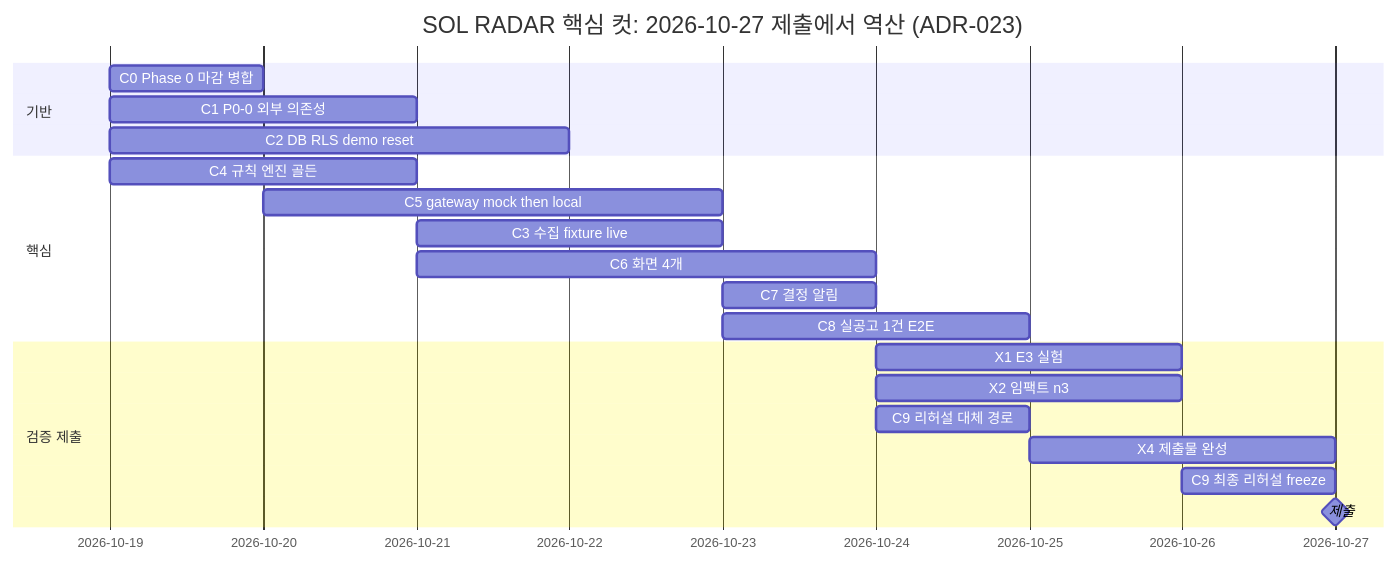
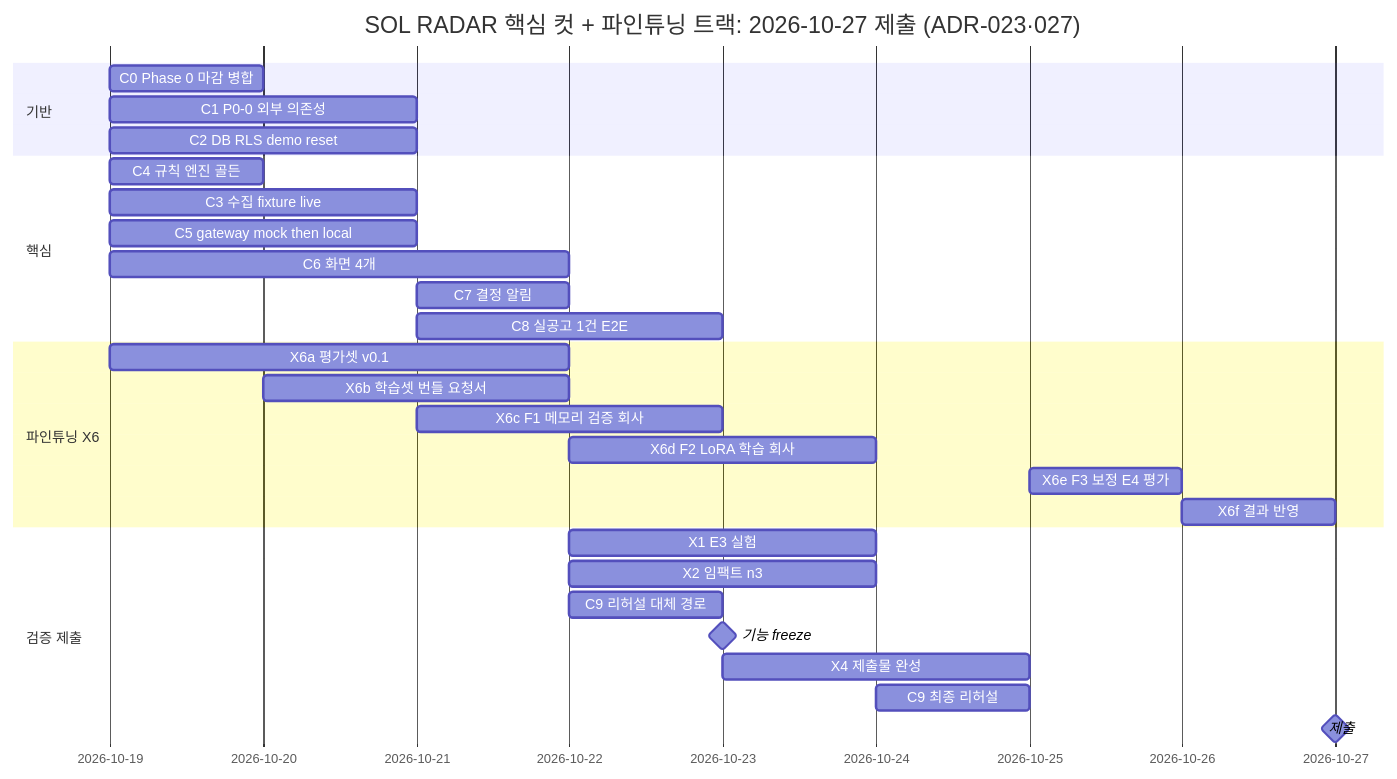
Before and after one commit to solideoai/sol-radar: the diagram in docs/12-ROADMAP.md, drawn with Mermaid. The commit also changed other lines of this file and 32 other files, not shown here.

First line of the commit message:
docs: 문서 정리와 ADR-027·파인튜닝 실행서 반영

````diff
--- a/docs/12-ROADMAP.md
+++ b/docs/12-ROADMAP.md
@@ -114,23 +119,31 @@
 ```mermaid
 gantt
- title SOL RADAR 핵심 컷: 2026-10-27 제출에서 역산 (ADR-023)
+ title SOL RADAR 핵심 컷 + 파인튜닝 트랙: 2026-10-27 제출 (ADR-023·027)
  dateFormat YYYY-MM-DD
  section 기반
  C0 Phase 0 마감 병합 :c0, 2026-10-19, 1d
  C1 P0-0 외부 의존성 :c1, 2026-10-19, 2d
- C2 DB RLS demo reset :c2, 2026-10-19, 3d
+ C2 DB RLS demo reset :c2, 2026-10-19, 2d
  section 핵심
- C4 규칙 엔진 골든 :c4, 2026-10-19, 2d
- C5 gateway mock then local :c5, 2026-10-20, 3d
- C3 수집 fixture live :c3, 2026-10-21, 2d
- C6 화면 4개 :c6, 2026-10-21, 3d
- C7 결정 알림 :c7, 2026-10-23, 1d
- C8 실공고 1건 E2E :c8, 2026-10-23, 2d
+ C4 규칙 엔진 골든 :c4, 2026-10-19, 1d
+ C3 수집 fixture live :c3, 2026-10-19, 2d
+ C5 gateway mock then local :c5, 2026-10-19, 2d
+ C6 화면 4개 :c6, 2026-10-19, 3d
+ C7 결정 알림 :c7, 2026-10-21, 1d
+ C8 실공고 1건 E2E :c8, 2026-10-21, 2d
+ section 파인튜닝 X6
+ X6a 평가셋 v0.1 :x6a, 2026-10-19, 3d
+ X6b 학습셋 번들 요청서 :x6b, 2026-10-20, 2d
+ X6c F1 메모리 검증 회사 :x6c, 2026-10-21, 2d
+ X6d F2 LoRA 학습 회사 :x6d, 2026-10-22, 2d
+ X6e F3 보정 E4 평가 :x6e, 2026-10-25, 1d
+ X6f 결과 반영 :x6f, 2026-10-26, 1d
  section 검증 제출
- X1 E3 실험 :x1, 2026-10-24, 2d
- X2 임팩트 n3 :x2, 2026-10-24, 2d
- C9 리허설 대체 경로 :c9, 2026-10-24, 1d
- X4 제출물 완성 :x4, 2026-10-25, 2d
- C9 최종 리허설 freeze :c9b, 2026-10-26, 1d
- 제출 :milestone, 2026-10-27, 0d
+ X1 E3 실험 :x1, 2026-10-22, 2d
+ X2 임팩트 n3 :x2, 2026-10-22, 2d
+ C9 리허설 대체 경로 :c9, 2026-10-22, 1d
+ 기능 freeze :milestone, mf, 2026-10-23, 0d
+ X4 제출물 완성 :x4, 2026-10-23, 2d
+ C9 최종 리허설 :c9b, 2026-10-24, 1d
+ 제출 :milestone, ms, 2026-10-27, 0d
 ```
````
